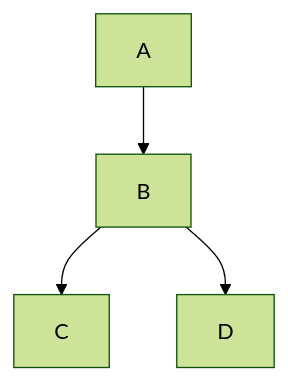
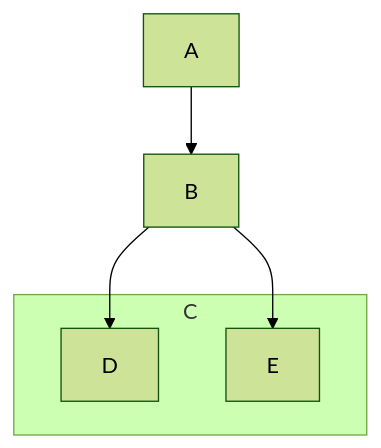
One commit to mouseless/baked changed the first of 2 diagrams in docs/demo.md. Above: the diagram before and after it, drawn with Mermaid (forest theme). The commit also changed other lines of this file and 13 other files, not shown here.

````diff
--- a/docs/demo.md
+++ b/docs/demo.md
@@ -88,5 +88,10 @@
 ```mermaid
 flowchart TB
-    A --> B --> C
-    B --> D
+    subgraph C
+      D
+      E
+    end
+
+    A --> B --> D
+    B --> E
 ```
````
